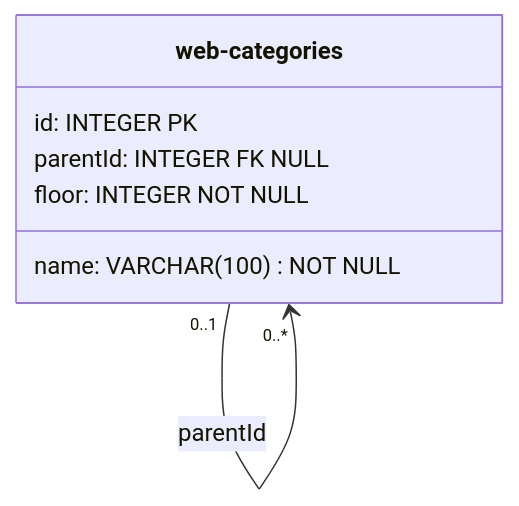
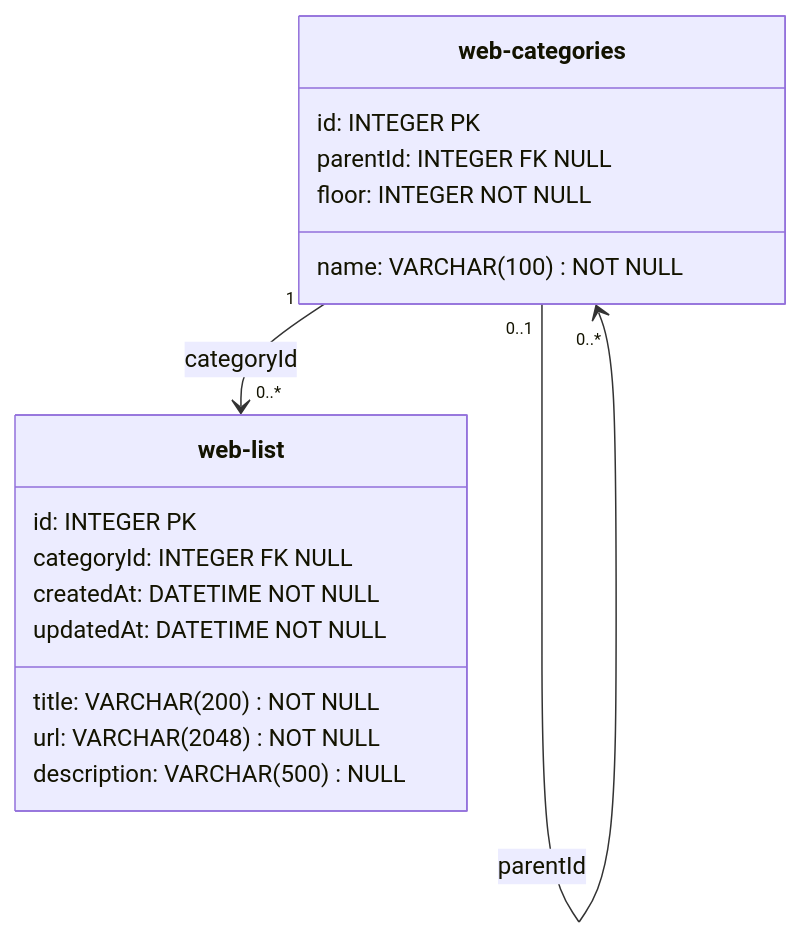
Before and after one commit to coffee1177/APIControl: the diagram in backend/DATABASE_SCHEMA.md, drawn with Mermaid. The commit also changed other lines of this file and 11 other files, not shown here.

First line of the commit message:
feat: 网址留存后端切换到 web/list 并补表迁移

````diff
--- a/backend/DATABASE_SCHEMA.md
+++ b/backend/DATABASE_SCHEMA.md
@@ -3,11 +3,22 @@
 ```mermaid
 classDiagram
     web_categories "0..1" --> "0..*" web_categories : parentId
+    web_categories "1" --> "0..*" web_list : categoryId
 
     class web_categories["web-categories"] {
         id: INTEGER PK
         name: VARCHAR(100) NOT NULL
         parentId: INTEGER FK NULL
         floor: INTEGER NOT NULL
     }
+
+    class web_list["web-list"] {
+        id: INTEGER PK
+        title: VARCHAR(200) NOT NULL
+        url: VARCHAR(2048) NOT NULL
+        description: VARCHAR(500) NULL
+        categoryId: INTEGER FK NULL
+        createdAt: DATETIME NOT NULL
+        updatedAt: DATETIME NOT NULL
+    }
 ```
````
